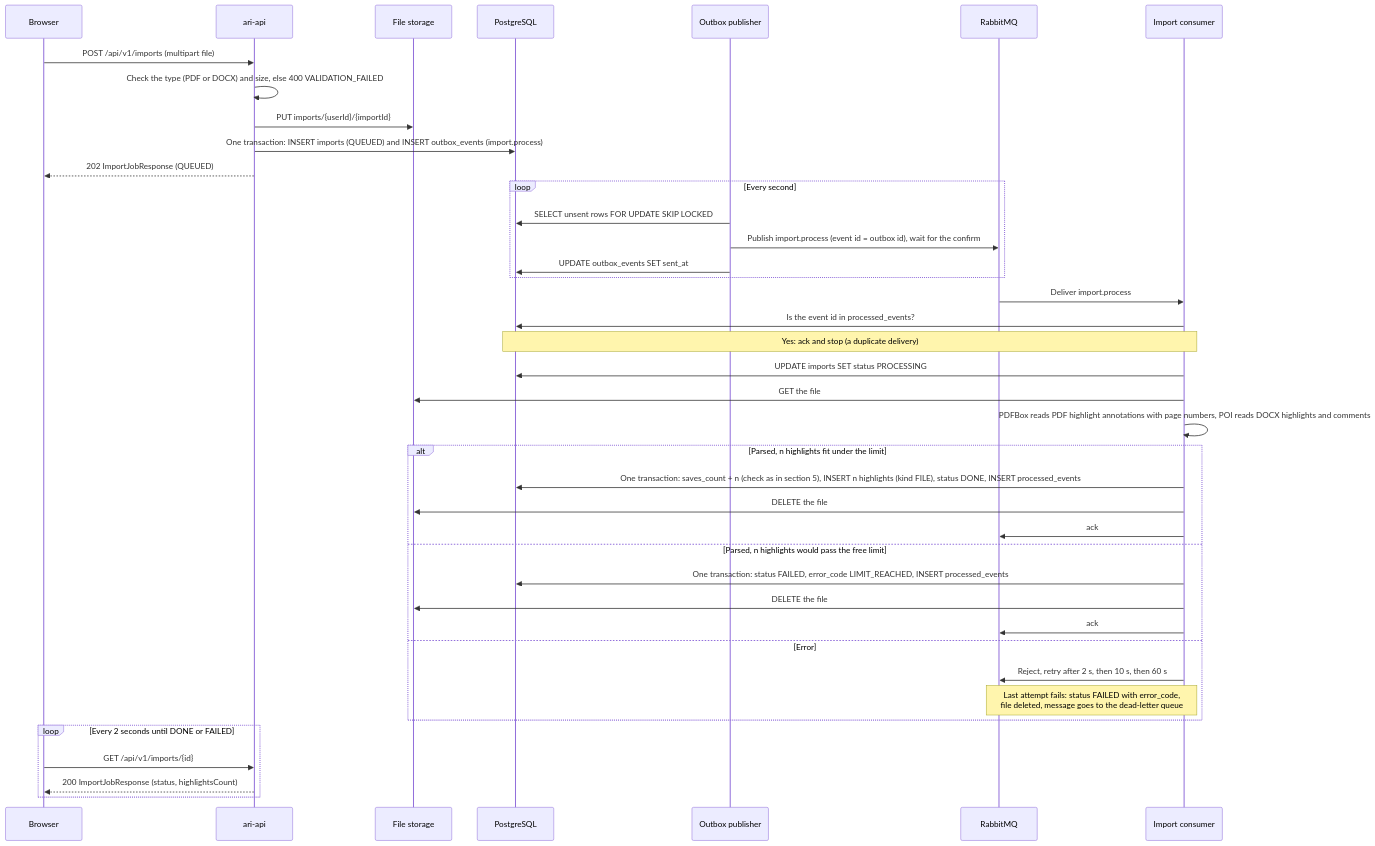
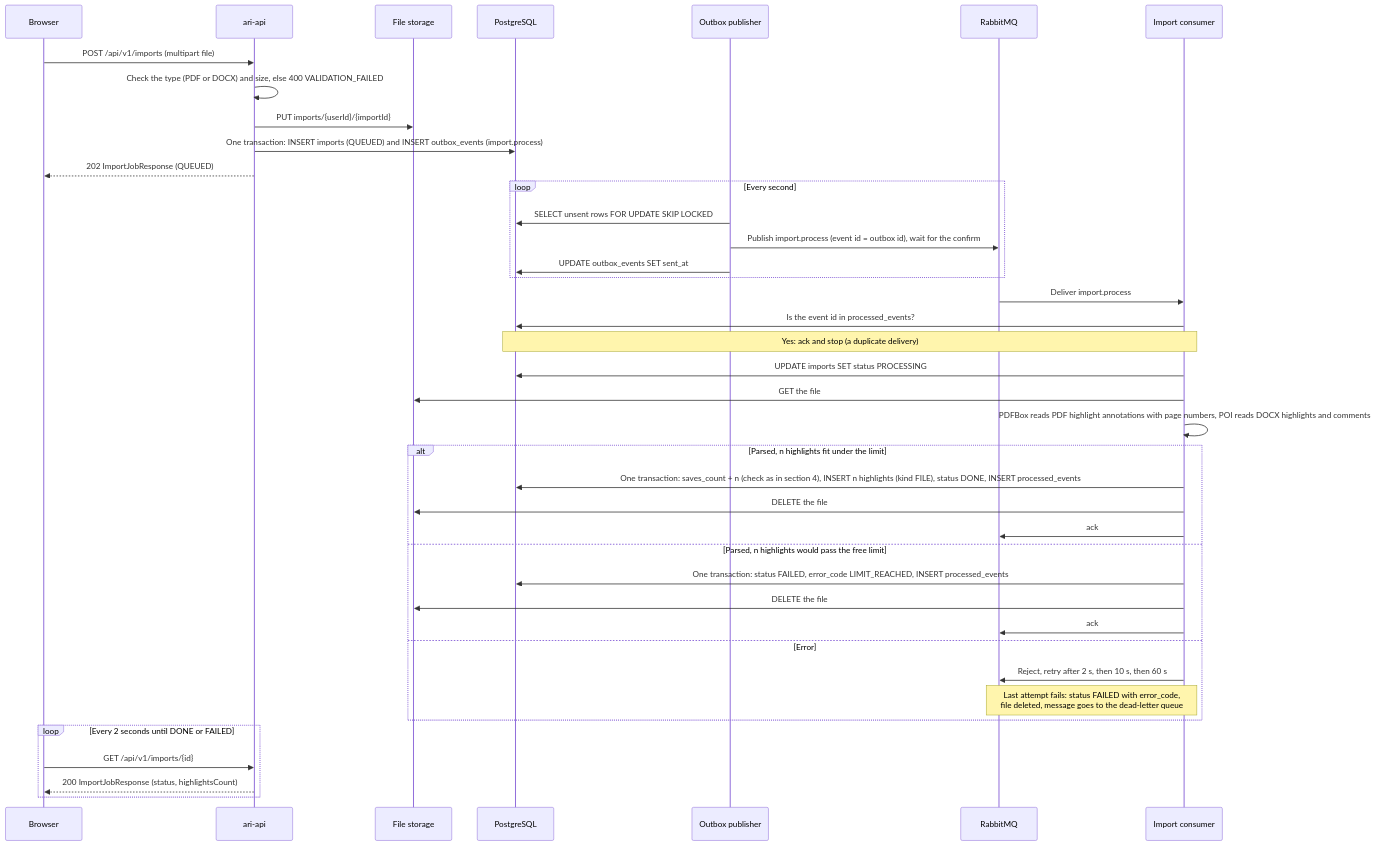
The fifth of 7 diagrams in docs/sequences.md (salimsalimzade/ari-api), drawn with Mermaid before and after one commit. The commit also changed other lines of this file and 30 other files, not shown here.

````diff
--- a/docs/sequences.md
+++ b/docs/sequences.md
@@ -180,42 +146,42 @@
 ```mermaid
 sequenceDiagram
   participant B as Browser
   participant A as ari-api
   participant S as File storage
   participant D as PostgreSQL
   participant P as Outbox publisher
   participant Q as RabbitMQ
   participant C as Import consumer
   B->>A: POST /api/v1/imports (multipart file)
   A->>A: Check the type (PDF or DOCX) and size, else 400 VALIDATION_FAILED
   A->>S: PUT imports/{userId}/{importId}
   A->>D: One transaction: INSERT imports (QUEUED) and INSERT outbox_events (import.process)
   A-->>B: 202 ImportJobResponse (QUEUED)
   loop Every second
     P->>D: SELECT unsent rows FOR UPDATE SKIP LOCKED
     P->>Q: Publish import.process (event id = outbox id), wait for the confirm
     P->>D: UPDATE outbox_events SET sent_at
   end
   Q->>C: Deliver import.process
   C->>D: Is the event id in processed_events?
   Note over C,D: Yes: ack and stop (a duplicate delivery)
   C->>D: UPDATE imports SET status PROCESSING
   C->>S: GET the file
   C->>C: PDFBox reads PDF highlight annotations with page numbers, POI reads DOCX highlights and comments
   alt Parsed, n highlights fit under the limit
-    C->>D: One transaction: saves_count + n (check as in section 5), INSERT n highlights (kind FILE), status DONE, INSERT processed_events
+    C->>D: One transaction: saves_count + n (check as in section 4), INSERT n highlights (kind FILE), status DONE, INSERT processed_events
     C->>S: DELETE the file
     C->>Q: ack
   else Parsed, n highlights would pass the free limit
     C->>D: One transaction: status FAILED, error_code LIMIT_REACHED, INSERT processed_events
     C->>S: DELETE the file
     C->>Q: ack
   else Error
     C->>Q: Reject, retry after 2 s, then 10 s, then 60 s
     Note over C,Q: Last attempt fails: status FAILED with error_code,<br/>file deleted, message goes to the dead-letter queue
   end
   loop Every 2 seconds until DONE or FAILED
     B->>A: GET /api/v1/imports/{id}
     A-->>B: 200 ImportJobResponse (status, highlightsCount)
   end
 ```
````
